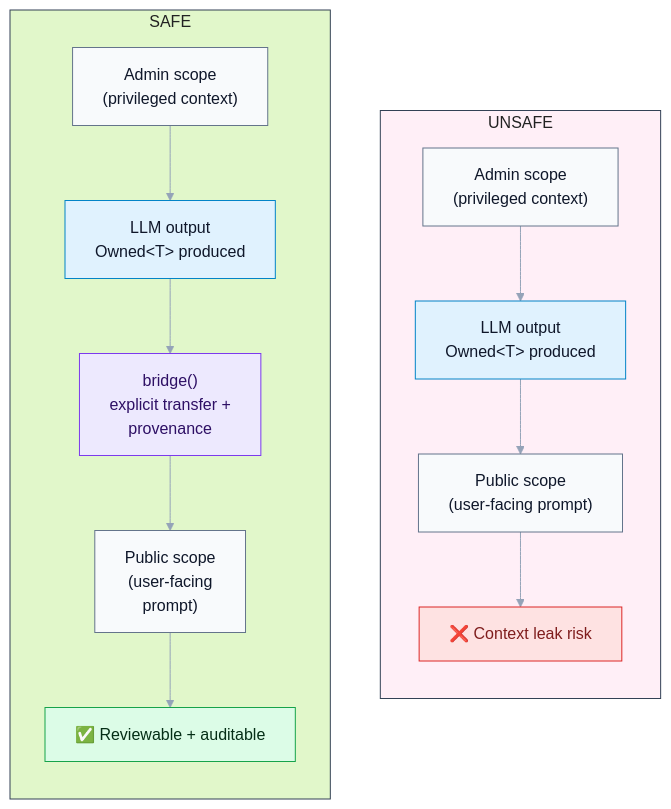
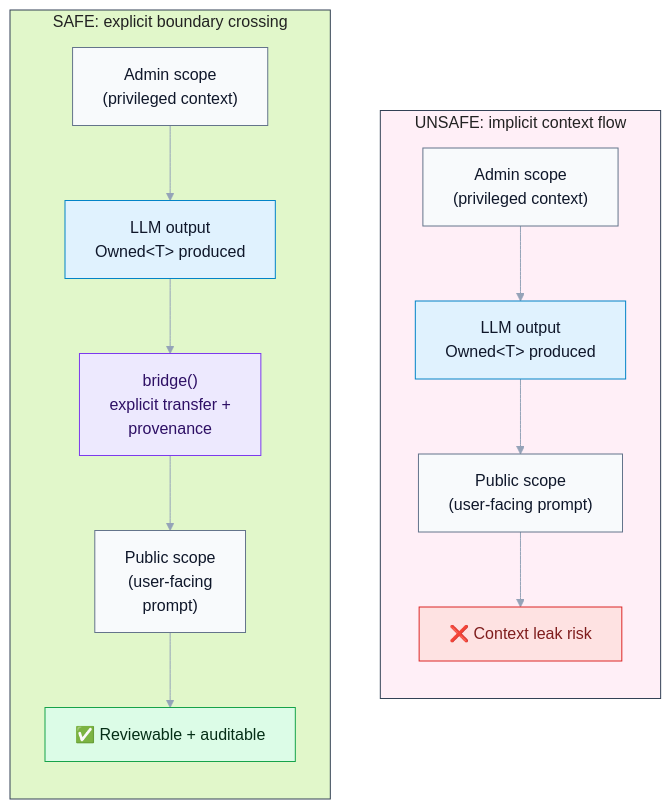
Before and after one commit to mullionlabs/mullion-ts: the diagram in README.md, drawn with Mermaid. The commit also changed other lines of this file and 4 other files, not shown here.

````diff
--- a/README.md
+++ b/README.md
@@ -63,52 +92,45 @@
 ```mermaid
 %%{init: {
   "theme": "base",
   "themeVariables": {
     "fontFamily": "ui-sans-serif, system-ui, -apple-system, Segoe UI, Roboto, Arial",
     "lineColor": "#94a3b8",
     "textColor": "#0f172a"
   }
 }}%%
 
 flowchart LR
-%% ========== NODE STYLES (solid fills) ==========
     classDef admin  fill:#f8fafc,stroke:#64748b,color:#0f172a;
     classDef llm    fill:#e0f2fe,stroke:#0284c7,color:#0f172a;
     classDef public fill:#f8fafc,stroke:#64748b,color:#0f172a;
 
     classDef bridge fill:#ede9fe,stroke:#7c3aed,color:#2e1065;
     classDef ok     fill:#dcfce7,stroke:#16a34a,color:#052e16;
     classDef danger fill:#fee2e2,stroke:#dc2626,color:#7f1d1d;
 
-%% ========== SAFE ==========
-    subgraph S["SAFE"]
+    subgraph S["SAFE: explicit boundary crossing"]
         direction TB
         SA["Admin scope   <br/>(privileged context)"]:::admin
         SO["LLM output<br/>Owned&lt;T&gt; produced"]:::llm
         SB["bridge()<br/>explicit transfer + <br/>provenance"]:::bridge
         SX["Public scope<br/>(user-facing <br/>prompt)"]:::public
         SOK["✅ Reviewable + auditable"]:::ok
     end
 
-%% ========== UNSAFE ==========
-    subgraph U["UNSAFE"]
+    subgraph U["UNSAFE: implicit context flow"]
         direction TB
         UA["Admin scope<br/>(privileged context)"]:::admin
         UO["LLM output<br/>Owned&lt;T&gt; produced"]:::llm
         UX["Public scope<br/>(user-facing prompt)"]:::public
         UL["❌ Context leak risk"]:::danger
     end
 
-%% ========== SUBGRAPH BACKGROUNDS (solid, good on dark IDE) ==========
     style S fill:#e1f7ca,stroke:#334155,stroke-width:1px,color:#222222;
     style U fill:#ffeff7,stroke:#334155,stroke-width:1px,color:#222222;
 
-%% ========== ALIGN TOP-LEFT (hidden link) ==========
     SA --- UA
     linkStyle 0 stroke:transparent,stroke-width:0;
 
-%% ========== REAL EDGES ==========
     SA --> SO --> SB --> SX --> SOK
     UA --> UO --> UX --> UL
-
 ```
````
